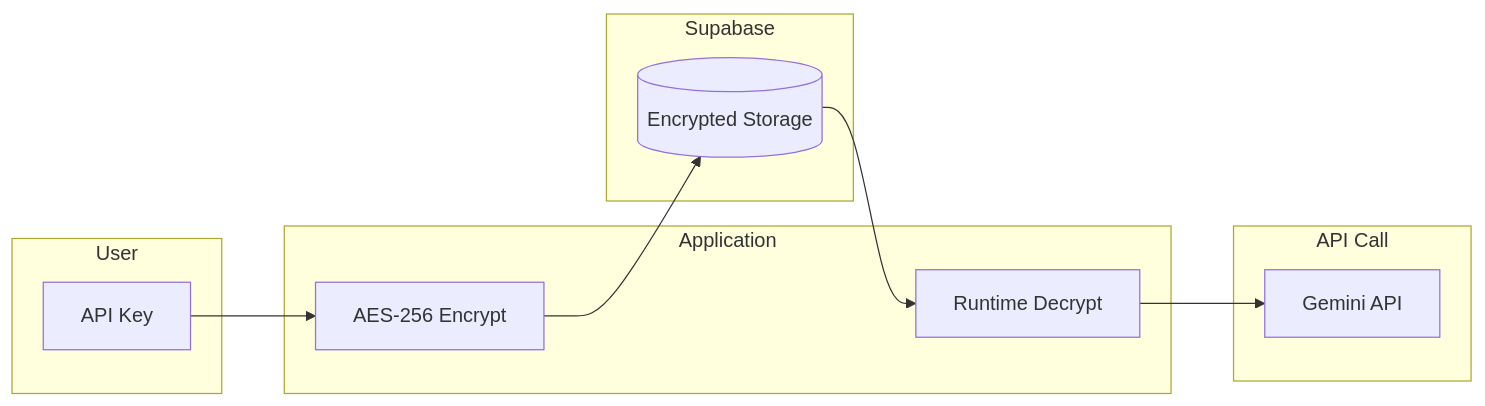
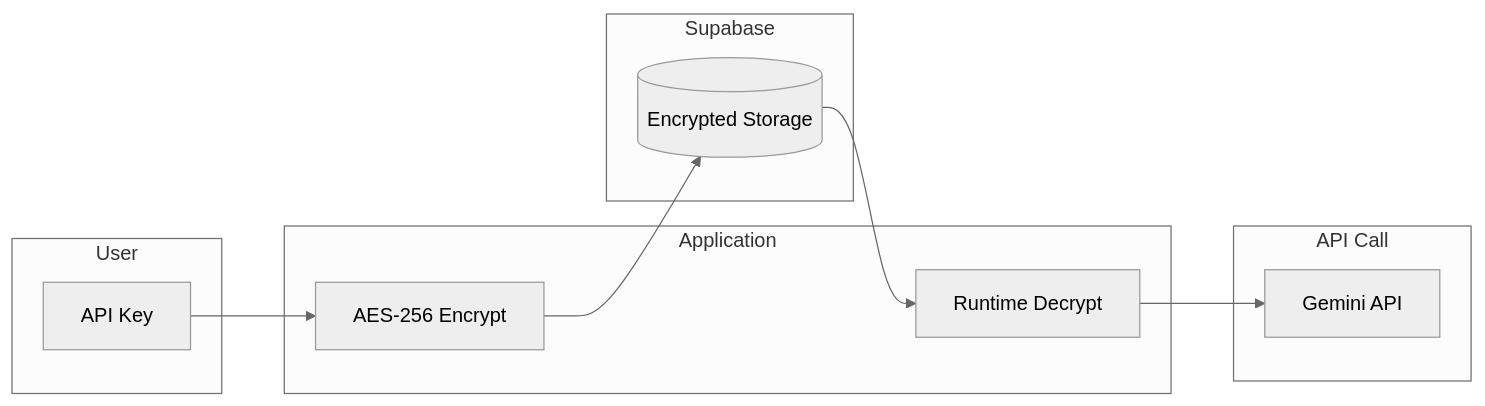
Before and after one commit to aakashyadav27/ai-code-review-automation: the second of 2 diagrams in README.md, drawn with Mermaid. The commit also changed other lines of this file, not shown here.

Commit message:
style: add neutral theme to Mermaid diagrams for white background

````diff
--- a/README.md
+++ b/README.md
@@ -224,24 +225,25 @@
 ```mermaid
+%%{init: {'theme': 'neutral'}}%%
 flowchart LR
     subgraph User[User]
         Key[API Key]
     end
 
     subgraph App[Application]
         Encrypt[AES-256 Encrypt]
         Decrypt[Runtime Decrypt]
     end
 
     subgraph Storage[Supabase]
         Encrypted[(Encrypted Storage)]
     end
 
     subgraph Usage[API Call]
         Gemini[Gemini API]
     end
 
     Key --> Encrypt
     Encrypt --> Encrypted
     Encrypted --> Decrypt
     Decrypt --> Gemini
 ```
````
